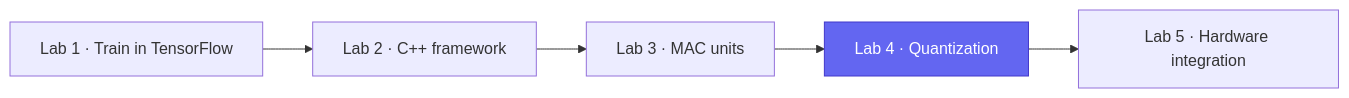
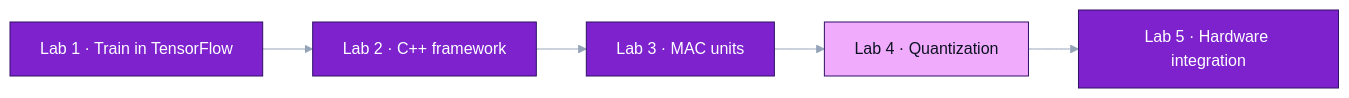
The first of 2 diagrams in README.md (devjwk/cpre487lab4), drawn with Mermaid before and after one commit. The commit also changed other lines of this file and 1 other file, not shown here.

Commit message:
Add concept banner and color theme to README

````diff
--- a/README.md
+++ b/README.md
@@ -101,5 +97,6 @@
 ```mermaid
+%%{init: {"theme": "base", "themeVariables": {"primaryColor": "#7E22CE", "primaryTextColor": "#ffffff", "primaryBorderColor": "#2E1065", "lineColor": "#94A3B8", "secondaryColor": "#7E22CE", "tertiaryColor": "#2E1065", "clusterBkg": "#F8FAFC", "clusterBorder": "#94A3B8", "edgeLabelBackground": "#F1F5F9", "fontFamily": "ui-sans-serif, system-ui, sans-serif"}}}%%
 flowchart LR
     L1["Lab 1 · Train in TensorFlow"] --> L2["Lab 2 · C++ framework"] --> L3["Lab 3 · MAC units"] --> L4["Lab 4 · Quantization"] --> L5["Lab 5 · Hardware integration"]
-    style L4 fill:#6366F1,color:#ffffff,stroke:#4338CA
+    style L4 fill:#F0ABFC,color:#0B1220,stroke:#2E1065
 ```
````
